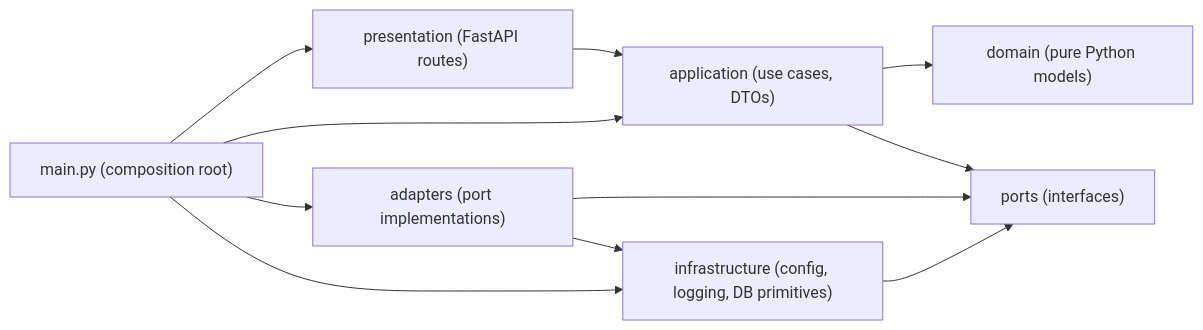
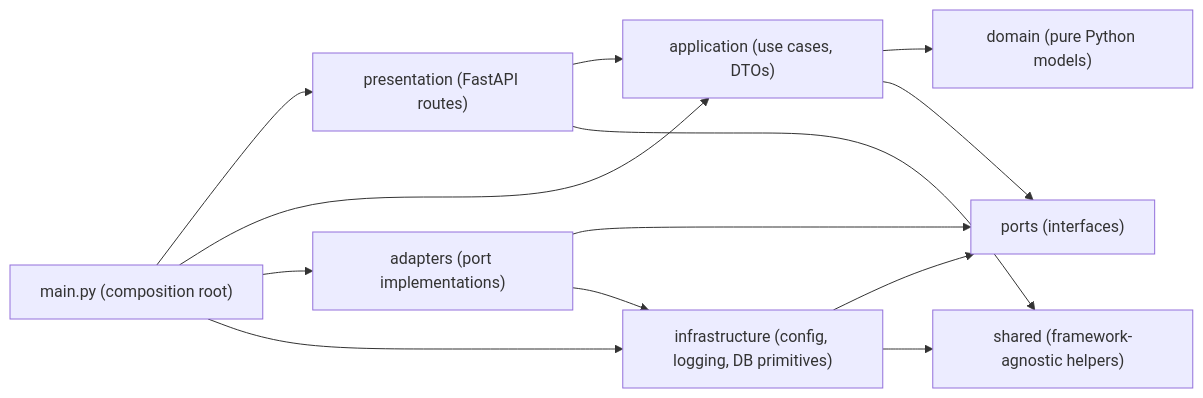
Before and after one commit to betmindaix-hue/hydra: the first of 2 diagrams in docs/adr/ADR-0001-hexagonal-architecture.md, drawn with Mermaid. The commit also changed other lines of this file and 22 other files, not shown here.

````diff
--- a/docs/adr/ADR-0001-hexagonal-architecture.md
+++ b/docs/adr/ADR-0001-hexagonal-architecture.md
@@ -33,13 +34,15 @@
 ```mermaid
 flowchart LR
     Presentation["presentation (FastAPI routes)"] --> Application["application (use cases, DTOs)"]
     Application --> Domain["domain (pure Python models)"]
     Application --> Ports["ports (interfaces)"]
     Adapters["adapters (port implementations)"] --> Ports
     Infrastructure["infrastructure (config, logging, DB primitives)"] --> Ports
+    Presentation --> Shared["shared (framework-agnostic helpers)"]
+    Infrastructure --> Shared
     Adapters --> Infrastructure
     Main["main.py (composition root)"] --> Presentation
     Main --> Application
     Main --> Adapters
     Main --> Infrastructure
 ```
````
